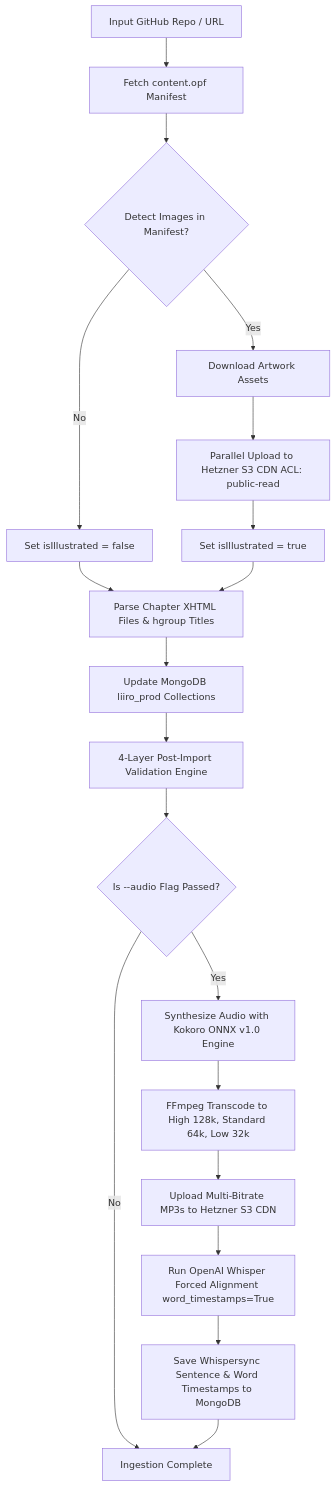
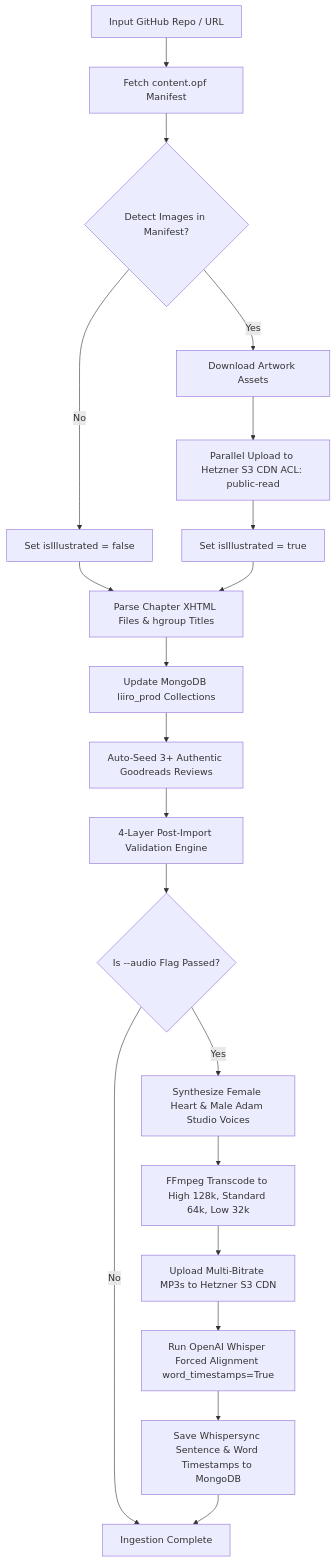
Before and after one commit to AiOpsCamp/liiro-ebook: the diagram in backend/docs/STANDARD_EBOOKS_INGESTION_GUIDE.md, drawn with Mermaid. The commit also changed other lines of this file, not shown here.

Commit message:
Updated Master AI & Developer Handbook for Standard Ebooks Content Generation

````diff
--- a/backend/docs/STANDARD_EBOOKS_INGESTION_GUIDE.md
+++ b/backend/docs/STANDARD_EBOOKS_INGESTION_GUIDE.md
@@ -135,21 +158,22 @@
 ```mermaid
 flowchart TD
     A[Input GitHub Repo / URL] --> B[Fetch content.opf Manifest]
     B --> C{Detect Images in Manifest?}
     C -- Yes --> D[Download Artwork Assets]
     D --> E[Parallel Upload to Hetzner S3 CDN ACL: public-read]
     C -- No --> F[Set isIllustrated = false]
     E --> G[Set isIllustrated = true]
     F --> H[Parse Chapter XHTML Files & hgroup Titles]
     G --> H
     H --> I[Update MongoDB liiro_prod Collections]
-    I --> J[4-Layer Post-Import Validation Engine]
-    J --> K{Is --audio Flag Passed?}
-    K -- Yes --> L[Synthesize Audio with Kokoro ONNX v1.0 Engine]
-    L --> M[FFmpeg Transcode to High 128k, Standard 64k, Low 32k]
-    M --> N[Upload Multi-Bitrate MP3s to Hetzner S3 CDN]
-    N --> O[Run OpenAI Whisper Forced Alignment word_timestamps=True]
-    O --> P[Save Whispersync Sentence & Word Timestamps to MongoDB]
-    K -- No --> Q[Ingestion Complete]
-    P --> Q
+    I --> J[Auto-Seed 3+ Authentic Goodreads Reviews]
+    J --> K[4-Layer Post-Import Validation Engine]
+    K --> L{Is --audio Flag Passed?}
+    L -- Yes --> M[Synthesize Female Heart & Male Adam Studio Voices]
+    M --> N[FFmpeg Transcode to High 128k, Standard 64k, Low 32k]
+    N --> O[Upload Multi-Bitrate MP3s to Hetzner S3 CDN]
+    O --> P[Run OpenAI Whisper Forced Alignment word_timestamps=True]
+    P --> Q[Save Whispersync Sentence & Word Timestamps to MongoDB]
+    L -- No --> R[Ingestion Complete]
+    Q --> R
 ```
````
